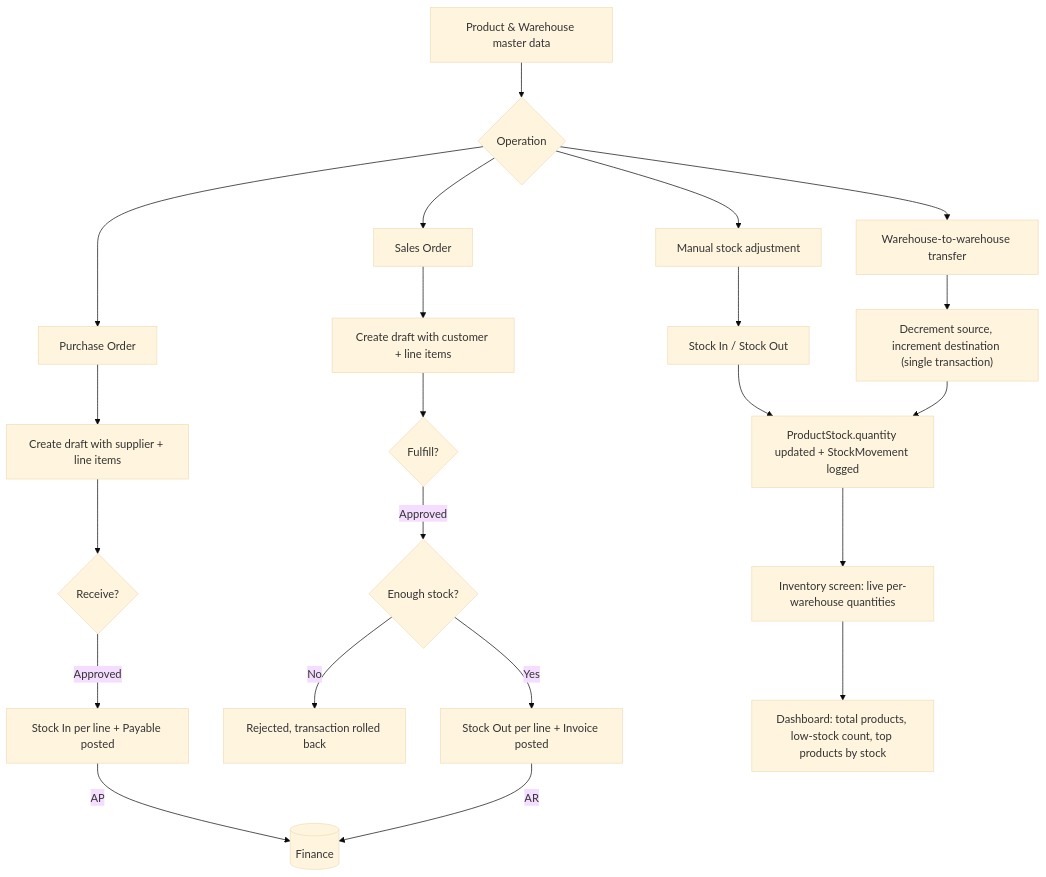
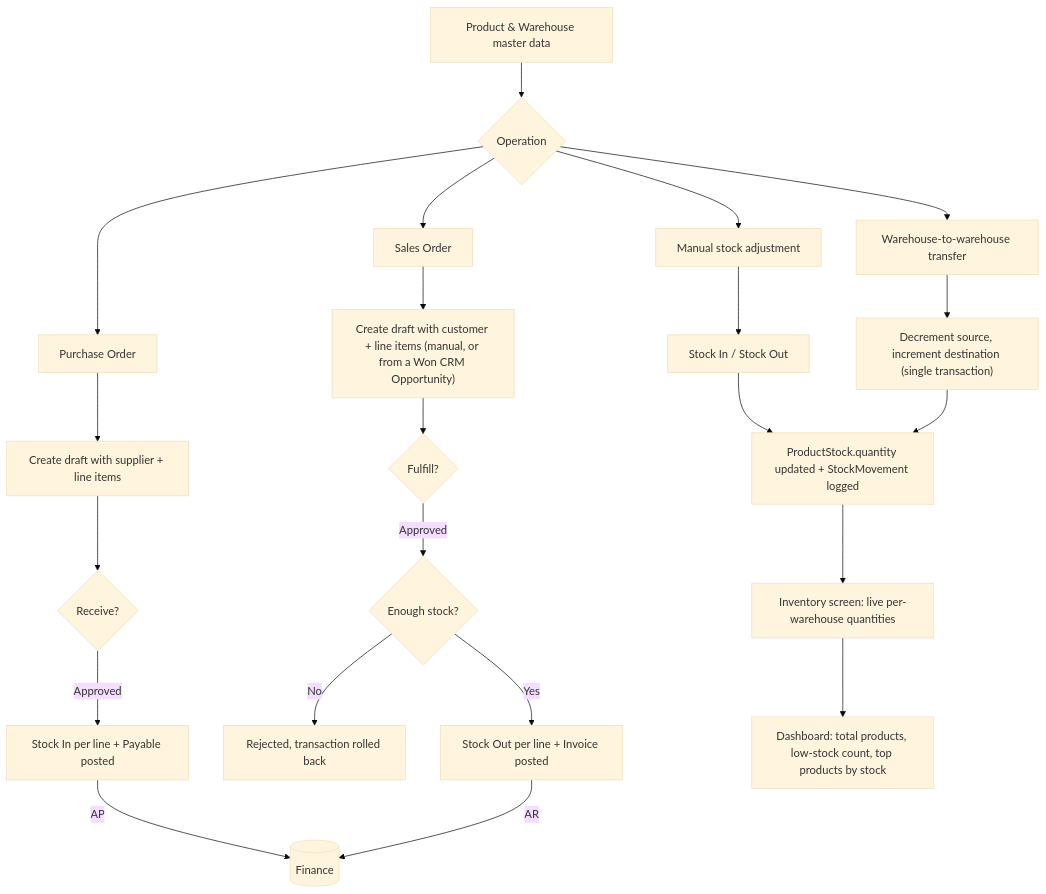
The fourth of 7 diagrams in README.md (NanaBanana14/management-enterprise), drawn with Mermaid (base theme) before and after one commit. The commit also changed other lines of this file and 4 other files, not shown here.

````diff
--- a/README.md
+++ b/README.md
@@ -287,29 +321,29 @@
 ```mermaid
 flowchart TD
     A[Product & Warehouse master data] --> B{Operation}
 
     B --> C[Manual stock adjustment]
     C --> C1["Stock In / Stock Out"]
     C1 --> C2["ProductStock.quantity updated + StockMovement logged"]
 
     B --> D[Warehouse-to-warehouse transfer]
     D --> D1["Decrement source, increment destination (single transaction)"]
     D1 --> C2
 
     B --> E[Purchase Order]
     E --> E1[Create draft with supplier + line items]
     E1 --> E2{Receive?}
     E2 -->|Approved| E3["Stock In per line + Payable posted"]
     E3 -->|"AP"| Fin[(Finance)]
 
     B --> F[Sales Order]
-    F --> F1[Create draft with customer + line items]
+    F --> F1["Create draft with customer + line items (manual, or from a Won CRM Opportunity)"]
     F1 --> F2{Fulfill?}
     F2 -->|Approved| F3{Enough stock?}
     F3 -->|No| F4[Rejected, transaction rolled back]
     F3 -->|Yes| F5["Stock Out per line + Invoice posted"]
     F5 -->|"AR"| Fin
 
     C2 --> G[Inventory screen: live per-warehouse quantities]
     G --> H[Dashboard: total products, low-stock count, top products by stock]
 ```
````
